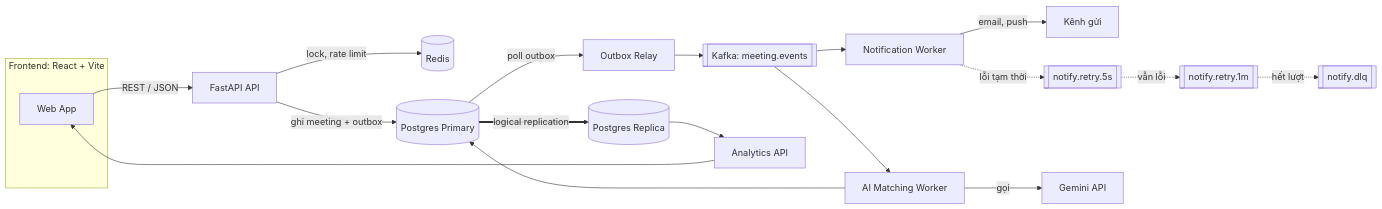
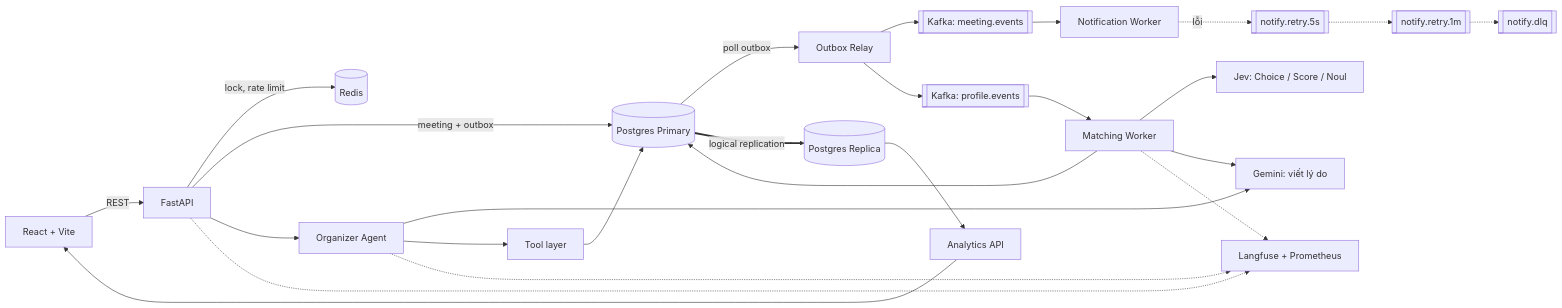
One commit to Trung1234/davas-matching changed the first of 10 diagrams in README.md. Above: the diagram before and after it, drawn with Mermaid. The commit also changed other lines of this file, not shown here.

````diff
--- a/README.md
+++ b/README.md
@@ -68,28 +104,32 @@
 ```mermaid
 flowchart LR
-    subgraph FE["Frontend: React + Vite"]
-        UI["Web App"]
-    end
-
-    UI -->|"REST / JSON"| API["FastAPI API"]
+    UI["React + Vite"] -->|"REST"| API["FastAPI"]
 
     API -->|"lock, rate limit"| Redis[("Redis")]
-    API -->|"ghi meeting + outbox"| PGP[("Postgres Primary")]
+    API -->|"meeting + outbox"| PGP[("Postgres Primary")]
+    API --> AG["Organizer Agent"]
 
     PGP -->|"poll outbox"| Relay["Outbox Relay"]
     Relay --> K1[["Kafka: meeting.events"]]
+    Relay --> K2[["Kafka: profile.events"]]
 
     K1 --> NW["Notification Worker"]
-    NW -->|"email, push"| Ch["Kênh gửi"]
-    NW -.->|"lỗi tạm thời"| R1[["notify.retry.5s"]]
-    R1 -.->|"vẫn lỗi"| R2[["notify.retry.1m"]]
-    R2 -.->|"hết lượt"| DLQ[["notify.dlq"]]
+    NW -.->|"lỗi"| R1[["notify.retry.5s"]]
+    R1 -.-> R2[["notify.retry.1m"]]
+    R2 -.-> DLQ[["notify.dlq"]]
 
-    K1 --> AI["AI Matching Worker"]
-    AI -->|"gọi"| Gem["Gemini API"]
-    AI --> PGP
+    K2 --> MW["Matching Worker"]
+    MW --> JEV["Jev: Choice / Score / Noul"]
+    MW --> GEM["Gemini: viết lý do"]
+    AG --> GEM
+    AG --> TOOLS["Tool layer"]
+    TOOLS --> PGP
 
+    MW --> PGP
     PGP ==>|"logical replication"| PGR[("Postgres Replica")]
-    PGR --> Dash["Analytics API"]
-    Dash --> UI
+    PGR --> AN["Analytics API"] --> UI
+
+    API -.-> OBS["Langfuse + Prometheus"]
+    MW -.-> OBS
+    AG -.-> OBS
 ```
````
